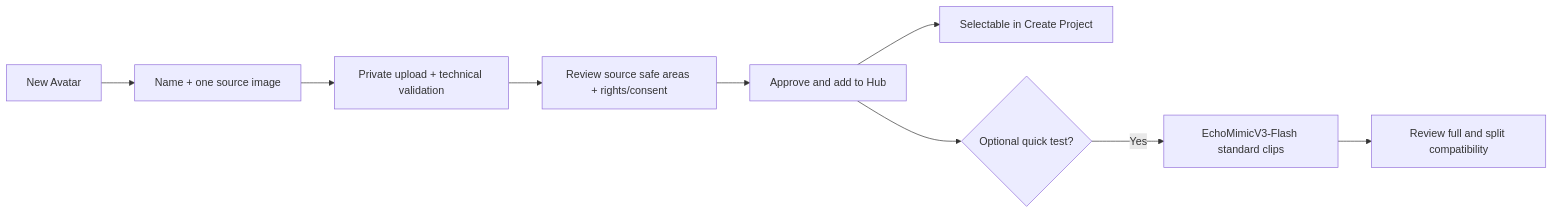
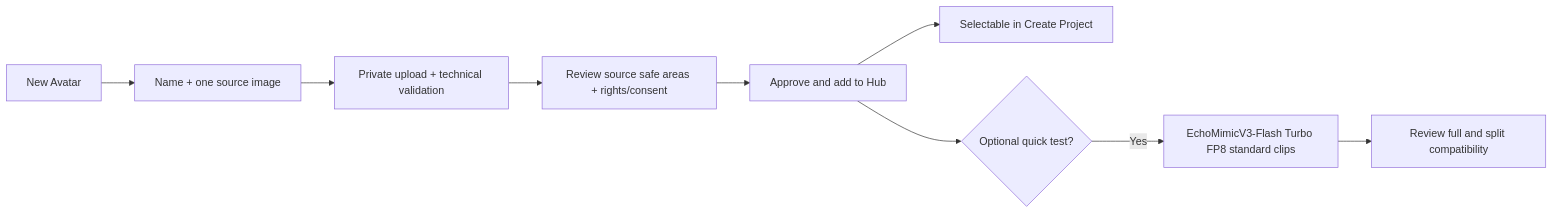
One commit to Pala-LakshmanSai/videoforge changed the diagram in project-context/20_AVATAR_HUB.md. Above: the diagram before and after it, drawn with Mermaid. The commit also changed other lines of this file and 40 other files, not shown here.

Commit message:
feat(cp07): lock Echo Flash Turbo FP8 profile

````diff
--- a/project-context/20_AVATAR_HUB.md
+++ b/project-context/20_AVATAR_HUB.md
@@ -78,11 +78,11 @@
 ```mermaid
 flowchart LR
     A["New Avatar"] --> B["Name + one source image"]
     B --> C["Private upload + technical validation"]
     C --> D["Review source safe areas + rights/consent"]
     D --> E["Approve and add to Hub"]
     E --> F["Selectable in Create Project"]
     E --> G{"Optional quick test?"}
-    G -- "Yes" --> H["EchoMimicV3-Flash standard clips"]
+    G -- "Yes" --> H["EchoMimicV3-Flash Turbo FP8 standard clips"]
     H --> I["Review full and split compatibility"]
 ```
````
